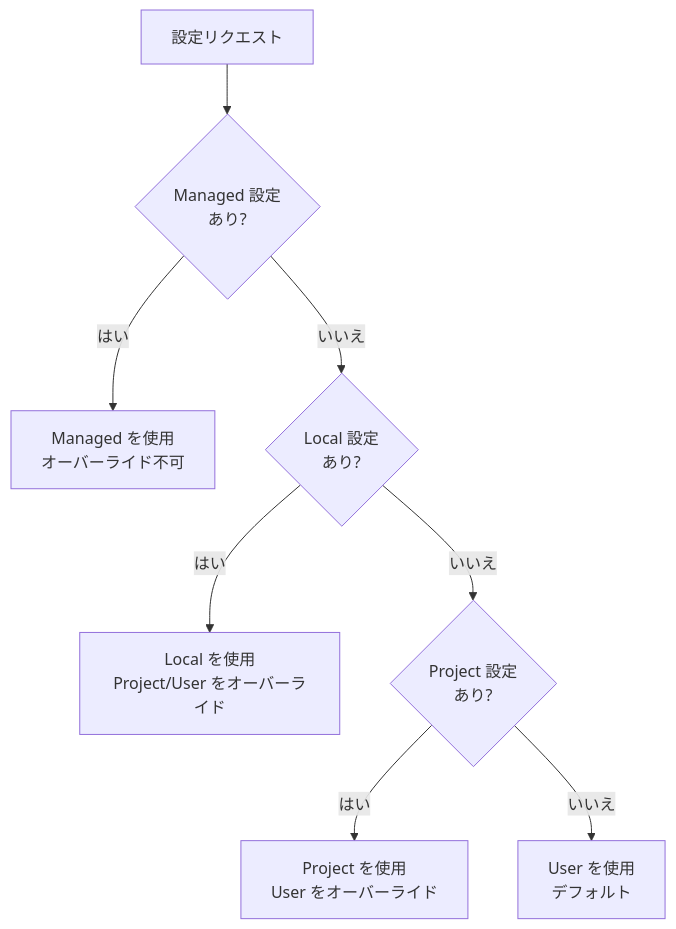
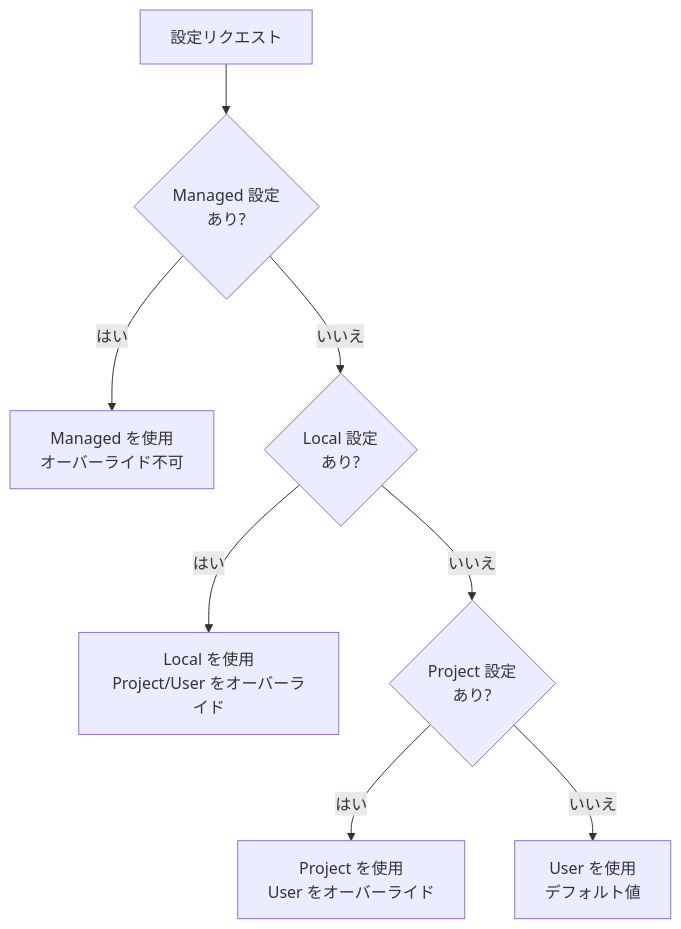
The first of 2 diagrams in docs-site/content/ja/advanced/settings-json.md (modu-ai/moai-adk), drawn with Mermaid before and after one commit. The commit also changed other lines of this file and 180 other files, not shown here.

````diff
--- a/docs-site/content/ja/advanced/settings-json.md
+++ b/docs-site/content/ja/advanced/settings-json.md
@@ -30,10 +30,10 @@
 ```mermaid
 flowchart TD
     A[設定リクエスト] --> B{Managed 設定<br>あり?}
     B -->|はい| C[Managed を使用<br>オーバーライド不可]
     B -->|いいえ| D{Local 設定<br>あり?}
     D -->|はい| E[Local を使用<br>Project/User をオーバーライド]
     D -->|いいえ| F{Project 設定<br>あり?}
     F -->|はい| G[Project を使用<br>User をオーバーライド]
-    F -->|いいえ| H[User を使用<br>デフォルト]
+    F -->|いいえ| H[User を使用<br>デフォルト値]
 ```
````
